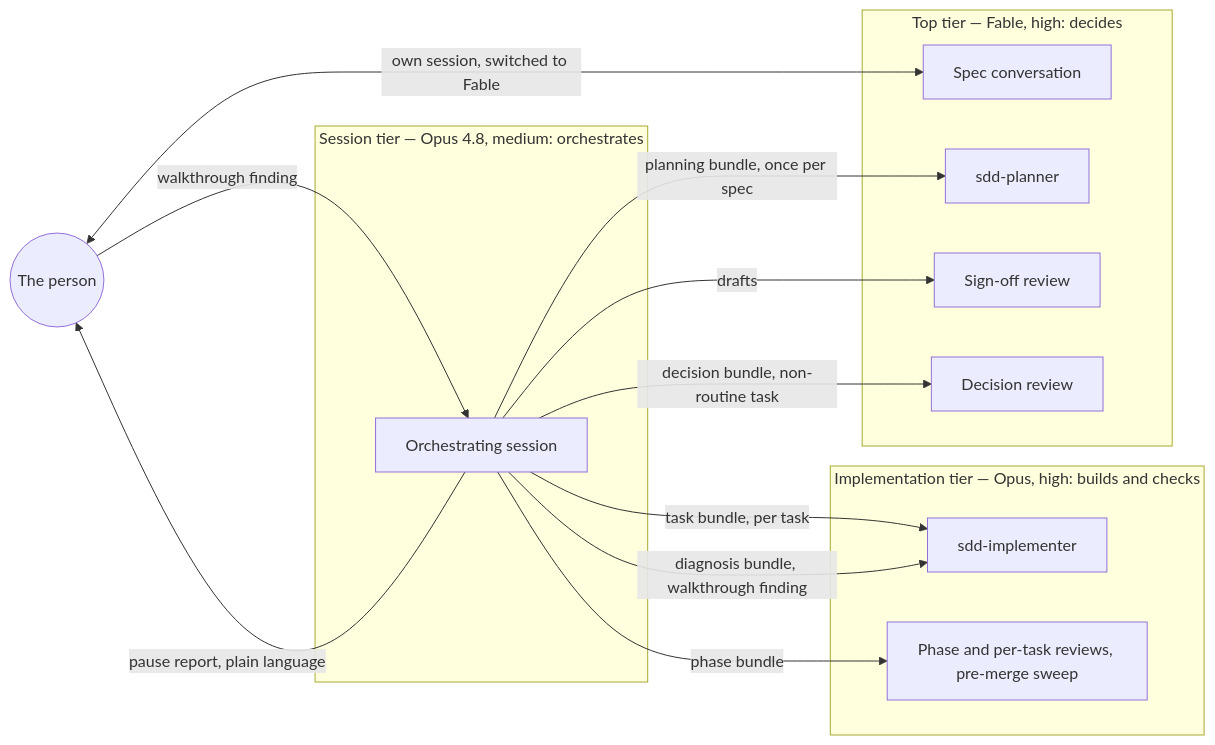
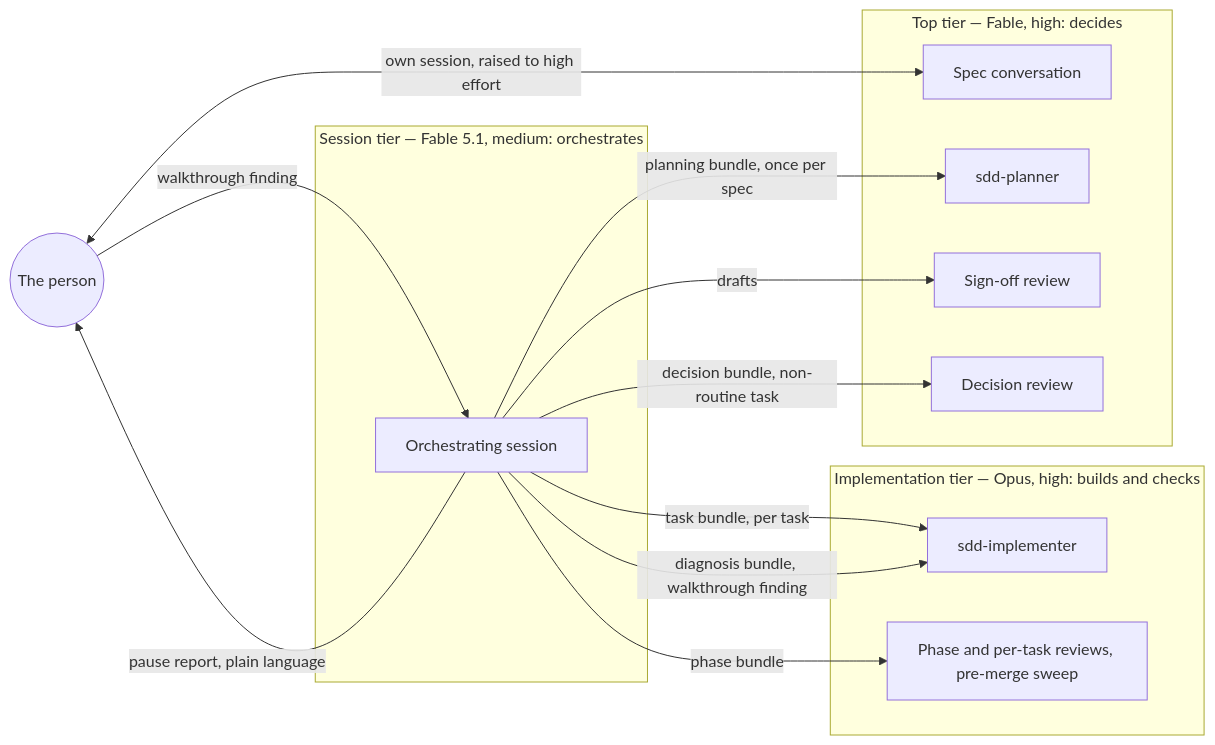
Before and after one commit to EHaake/SDD-Skill: the diagram in README.md, drawn with Mermaid. The commit also changed other lines of this file and 5 other files, not shown here.

First line of the commit message:
Experiment 1: run the orchestrating session on Fable 5.1 at medium

````diff
--- a/README.md
+++ b/README.md
@@ -73,26 +74,26 @@
 ```mermaid
 flowchart LR
     PERSON(("The person"))
     subgraph top["Top tier — Fable, high: decides"]
         SPEC["Spec conversation"]
         PLAN["sdd-planner"]
         SIGN["Sign-off review"]
         DEC["Decision review"]
     end
     subgraph impl["Implementation tier — Opus, high: builds and checks"]
         IMP["sdd-implementer"]
         REV["Phase and per-task reviews, pre-merge sweep"]
     end
-    subgraph sess["Session tier — Opus 4.8, medium: orchestrates"]
+    subgraph sess["Session tier — Fable 5.1, medium: orchestrates"]
         ORC["Orchestrating session"]
     end
-    PERSON <-->|"own session, switched to Fable"| SPEC
+    PERSON <-->|"own session, raised to high effort"| SPEC
     ORC -->|"planning bundle, once per spec"| PLAN
     ORC -->|"drafts"| SIGN
     ORC -->|"decision bundle, non-routine task"| DEC
     ORC -->|"task bundle, per task"| IMP
     ORC -->|"diagnosis bundle, walkthrough finding"| IMP
     ORC -->|"phase bundle"| REV
     ORC -->|"pause report, plain language"| PERSON
     PERSON -->|"walkthrough finding"| ORC
 ```
````
